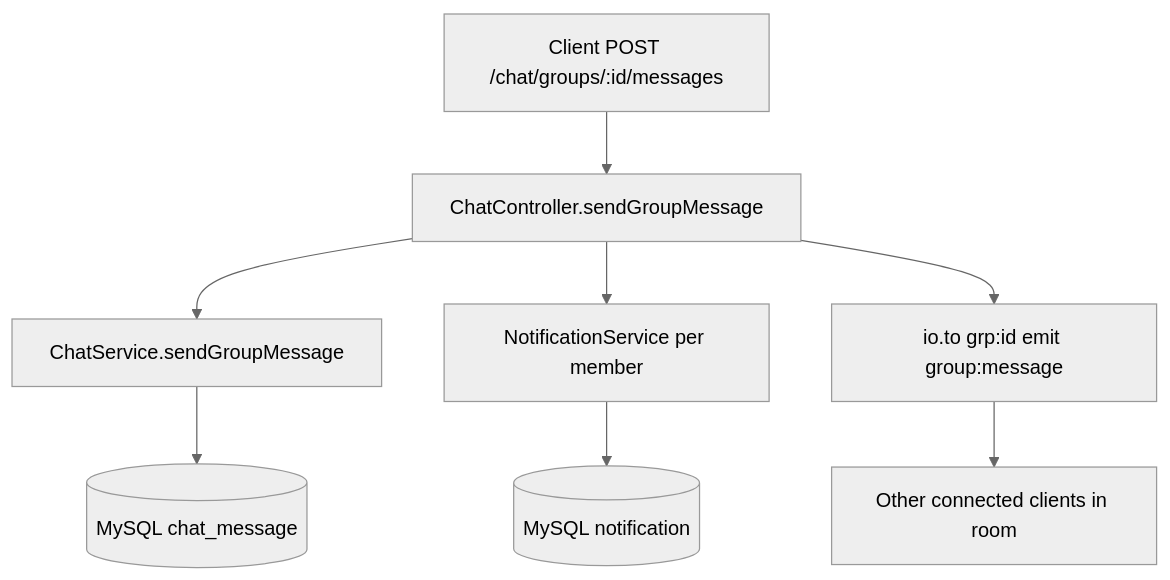
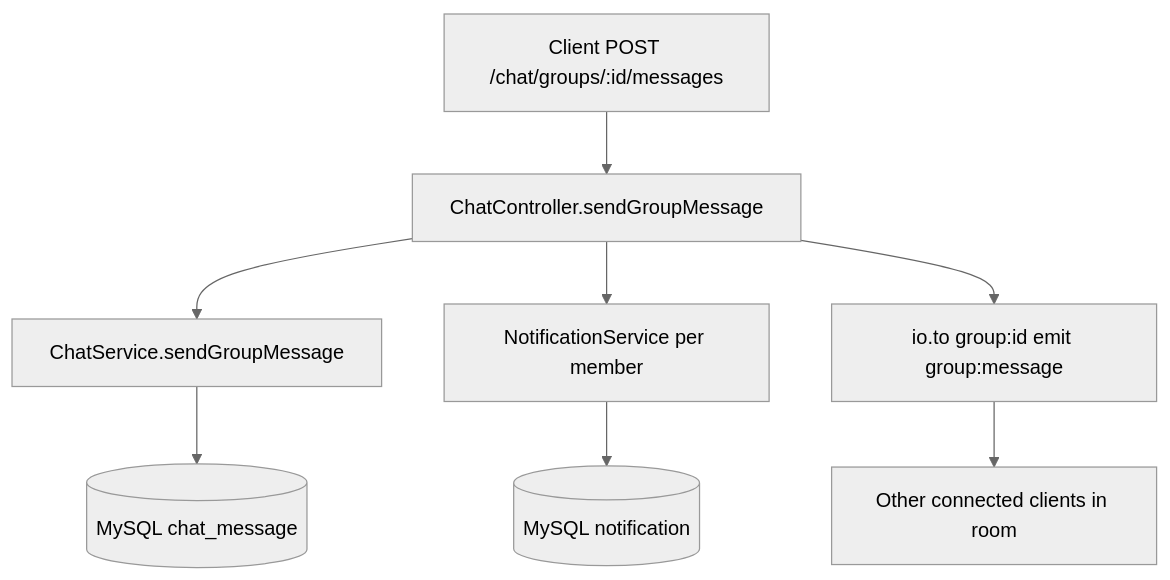
The seventh of 8 diagrams in docs/optional/system-design-optinal/SYSTEM-DESIGN.md (yashvenrakumar/chat-application), drawn with Mermaid (neutral theme) before and after one commit. The commit also changed other lines of this file and 9 other files, not shown here.

````diff
--- a/docs/optional/system-design-optinal/SYSTEM-DESIGN.md
+++ b/docs/optional/system-design-optinal/SYSTEM-DESIGN.md
@@ -255,10 +255,10 @@
 ```mermaid
 flowchart TD
   A[Client POST /chat/groups/:id/messages] --> B[ChatController.sendGroupMessage]
   B --> C[ChatService.sendGroupMessage]
   C --> D[(MySQL chat_message)]
   B --> E[NotificationService per member]
   E --> F[(MySQL notification)]
-  B --> G["io.to grp:id emit group:message"]
+  B --> G["io.to group:id emit group:message"]
   G --> H[Other connected clients in room]
 ```
````
